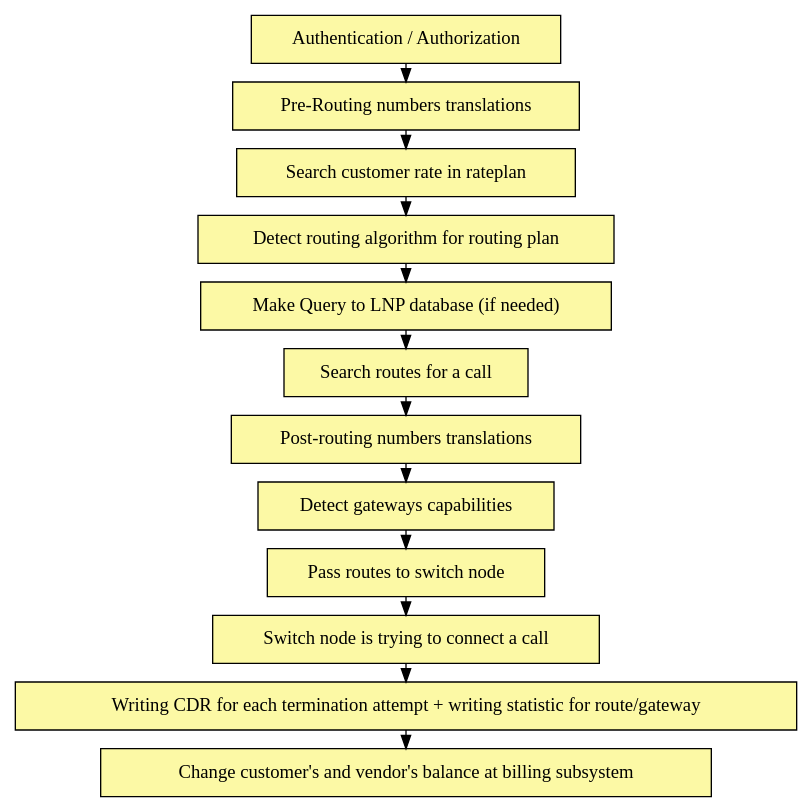
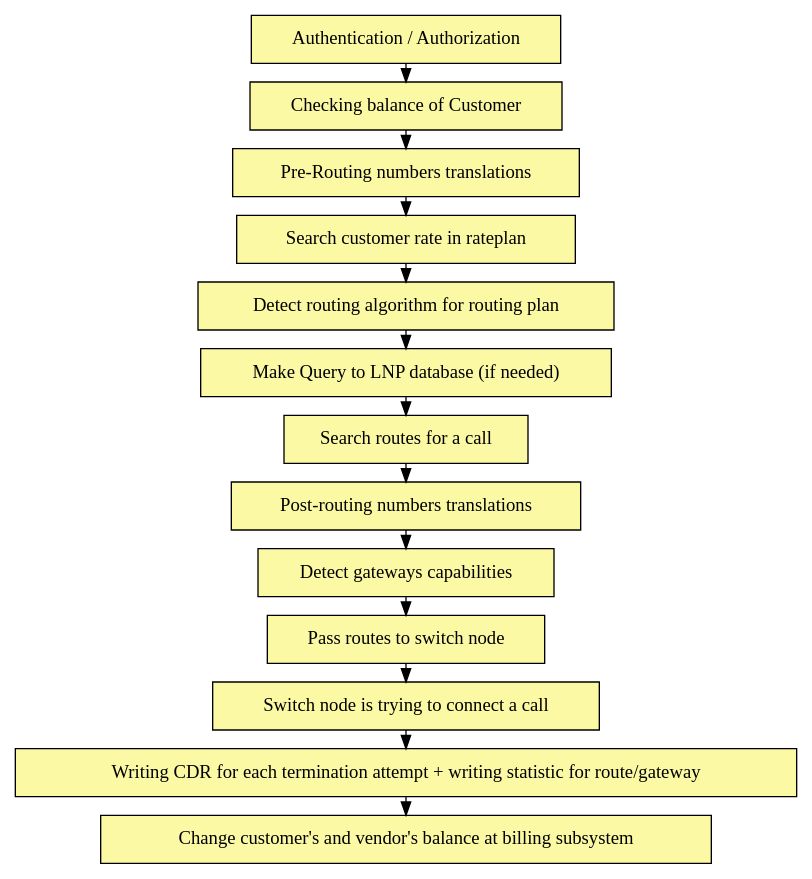
The diagram in docs/en/graphviz/general.dot (yeti-switch/doc), drawn with Graphviz before and after one commit. The commit also changed 2 other files, not shown here.

```diff
--- a/docs/en/graphviz/general.dot
+++ b/docs/en/graphviz/general.dot
@@ -1,33 +1,35 @@
 digraph General {
 
     node [style=filled; fillcolor="#FCF9A5"];
     graph [nodesep=1, ranksep=0.2, mindist=0.5];
 
 
     block1 [label = "Authentication / Authorization"; shape=box; sides=4 ];
-    block2 [label = "Pre-Routing numbers translations"; shape=box; sides=4 ];
-    block3 [label = "Search customer rate in rateplan"; shape=box; sides=4 ];
-    block4 [label = "Detect routing algorithm for routing plan"; shape=box; sides=4 ];
-    block5 [label = "Make Query to LNP database (if needed)"; shape=box; sides=4 ];
-    block6 [label = "Search routes for a call"; shape=box; sides=4 ];
-    block7 [label = "Post-routing numbers translations"; shape=box; sides=4 ];
-    block8 [label = "Detect gateways capabilities"; shape=box; sides=4 ];
-    block9 [label = "Pass routes to switch node"; shape=box; sides=4 ];
-    block10 [label = "Switch node is trying to connect a call"; shape=box; sides=4 ];
-    block11 [label = "Writing CDR for each termination attempt + writing statistic for route/gateway"; shape=box; sides=4 ];
-    block12 [label = "Change customer's and vendor's balance at billing subsystem"; shape=box; sides=4 ];
+    block2 [label = "Checking balance of Customer"; shape=box; sides=4 ];
+    block3 [label = "Pre-Routing numbers translations"; shape=box; sides=4 ];
+    block4 [label = "Search customer rate in rateplan"; shape=box; sides=4 ];
+    block5 [label = "Detect routing algorithm for routing plan"; shape=box; sides=4 ];
+    block6 [label = "Make Query to LNP database (if needed)"; shape=box; sides=4 ];
+    block7 [label = "Search routes for a call"; shape=box; sides=4 ];
+    block8 [label = "Post-routing numbers translations"; shape=box; sides=4 ];
+    block9 [label = "Detect gateways capabilities"; shape=box; sides=4 ];
+    block10 [label = "Pass routes to switch node"; shape=box; sides=4 ];
+    block11 [label = "Switch node is trying to connect a call"; shape=box; sides=4 ];
+    block12 [label = "Writing CDR for each termination attempt + writing statistic for route/gateway"; shape=box; sides=4 ];
+    block13 [label = "Change customer's and vendor's balance at billing subsystem"; shape=box; sides=4 ];
 
     block1 -> block2;
     block2 -> block3;
     block3 -> block4;
     block4 -> block5;
     block5 -> block6;
     block6 -> block7;
     block7 -> block8;
     block8 -> block9;
     block9 -> block10;
     block10 -> block11;
     block11 -> block12;
+    block12 -> block13;
 
 
 }
```
